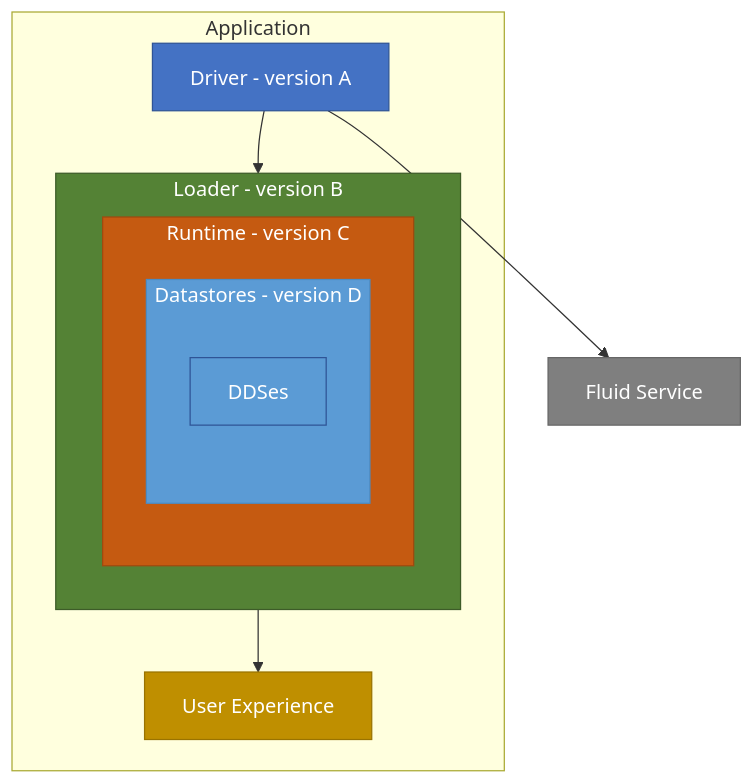
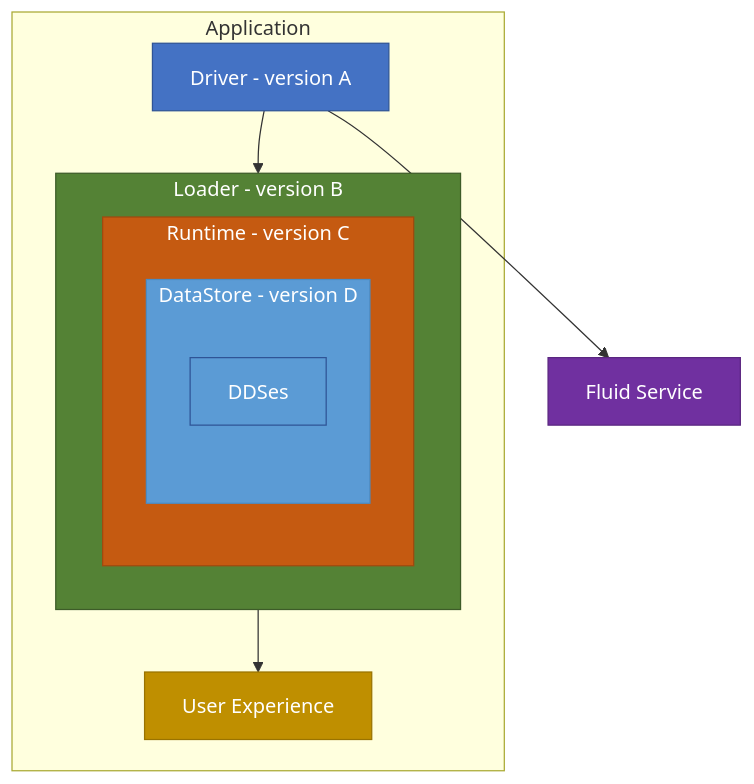
One commit to microsoft/FluidFramework changed the second of 3 diagrams in FluidCompatibilityConsiderations.md. Above: the diagram before and after it, drawn with Mermaid. The commit also changed other lines of this file and 2 other files, not shown here.

````diff
--- a/FluidCompatibilityConsiderations.md
+++ b/FluidCompatibilityConsiderations.md
@@ -72,28 +64,28 @@
 ```mermaid
 graph TD
     subgraph Application
         UX[User Experience]
 
         Driver[Driver - version A]
         subgraph Loader[Loader - version B]
             subgraph Runtime[Runtime - version C]
-                subgraph Datastores[Datastores - version D]
+                subgraph DataStore[DataStore - version D]
                     DDSes[DDSes]
                 end
             end
         end
     end
     FFS[Fluid Service]
 
     Loader --> UX
     Driver --> Loader
     Driver --> FFS
 
     style UX fill:#bf8f00,stroke:#997300,color:#fff
     style Driver fill:#4472c4,stroke:#2f5496,color:#fff
     style Loader fill:#548235,stroke:#3d5c28,color:#fff
     style Runtime fill:#c55a11,stroke:#a04a0e,color:#fff
-    style Datastores fill:#5b9bd5,stroke:#4a8bc4,color:#fff
+    style DataStore fill:#5b9bd5,stroke:#4a8bc4,color:#fff
     style DDSes fill:#5b9bd5,stroke:#2f5496,color:#fff,stroke-width:1px
-    style FFS fill:#7f7f7f,stroke:#666666,color:#fff
+    style FFS fill:#7030a0,stroke:#5a2680,color:#fff
 ```
````
